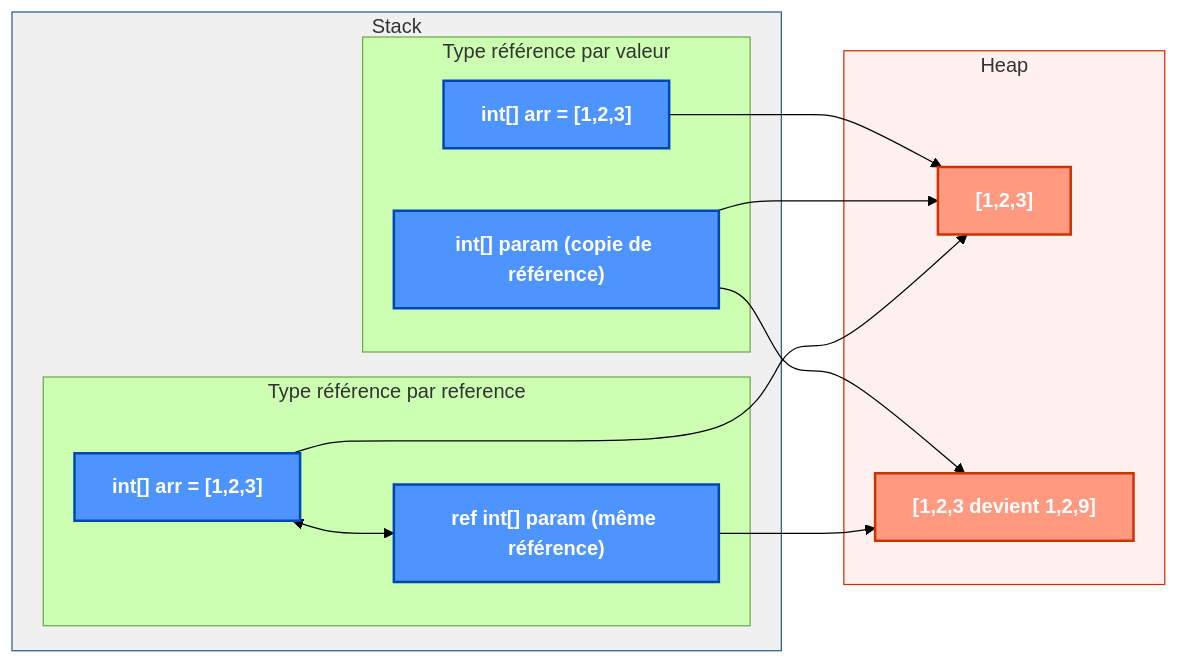
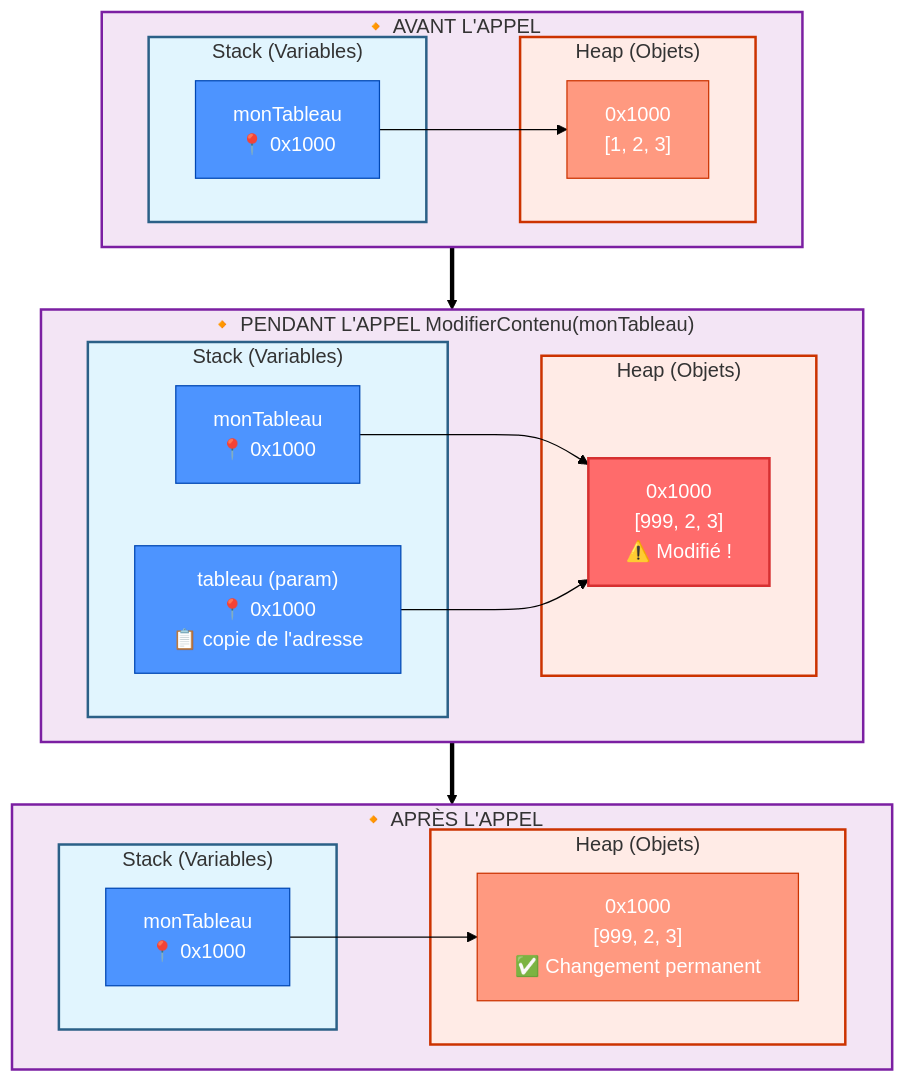
Before and after one commit to fpluquet/csharp-intro-syllabus: the third of 6 diagrams in docs/8-fonctions.md, drawn with Mermaid (forest theme). The commit also changed other lines of this file and 1 other file, not shown here.

````diff
--- a/docs/8-fonctions.md
+++ b/docs/8-fonctions.md
@@ -190,41 +278,54 @@
 ```mermaid
-flowchart LR
-    subgraph "Stack"
-        subgraph "Type référence par valeur"
-            A1["int[] arr = [1,2,3]"]
-            A2["int[] param (copie de référence)"]
+flowchart TB
+    subgraph Avant["🔸 AVANT L'APPEL"]
+        direction LR
+        subgraph Stack1["Stack (Variables)"]
+            V1["monTableau<br/>📍 0x1000"]
         end
-        
-        subgraph "Type référence par reference"
-            B1["int[] arr = [1,2,3]"]
-            B2["ref int[] param (même référence)"]
+        subgraph Heap1["Heap (Objets)"]
+            O1["0x1000<br/>[1, 2, 3]"]
         end
+        V1 --> O1
     end
     
-    subgraph "Heap"
-        C1["[1,2,3]"] 
-        C2["[1,2,3 devient 1,2,9]"]
+    subgraph Pendant["🔸 PENDANT L'APPEL ModifierContenu(monTableau)"]
+        direction LR
+        subgraph Stack2["Stack (Variables)"]
+            V2["monTableau<br/>📍 0x1000"]
+            V3["tableau (param)<br/>📍 0x1000<br/>📋 copie de l'adresse"]
+        end
+        subgraph Heap2["Heap (Objets)"]
+            O2["0x1000<br/>[999, 2, 3]<br/>⚠️ Modifié !"]
+        end
+        V2 --> O2
+        V3 --> O2
     end
     
-    %% Connexions90
-    A1 --> C1
-    A2 --> C1
-    A2 --> C2
+    subgraph Apres["🔸 APRÈS L'APPEL"]
+        direction LR
+        subgraph Stack3["Stack (Variables)"]
+            V4["monTableau<br/>📍 0x1000"]
+        end
+        subgraph Heap3["Heap (Objets)"]
+            O3["0x1000<br/>[999, 2, 3]<br/>✅ Changement permanent"]
+        end
+        V4 --> O3
+    end
     
-    B1 <--> B2
-    B1 --> C1
-    B2 --> C2
+    Avant ==> Pendant
+    Pendant ==> Apres
     
-    %% Styles pour meilleure lisibilité
-    classDef stack fill:#f0f0f0,stroke:#2B6087,stroke-width:1px
-    classDef section fill:#E1F5FE,stroke:#2B6087,stroke-width:1px
-    classDef heap fill:#fff0f0,stroke:#CC3300,stroke-width:1px
-    classDef stackVar fill:#4d94ff,stroke:#0047b3,stroke-width:2px,color:#fff,font-weight:bold
-    classDef heapVar fill:#ff9980,stroke:#cc3300,stroke-width:2px,color:#fff,font-weight:bold
+    classDef stack fill:#e1f5fe,stroke:#2B6087,stroke-width:2px
+    classDef heap fill:#ffebe6,stroke:#CC3300,stroke-width:2px
+    classDef var fill:#4d94ff,stroke:#0047b3,stroke-width:1px,color:#fff
+    classDef obj fill:#ff9980,stroke:#cc3300,stroke-width:1px,color:#fff
+    classDef modified fill:#ff6b6b,stroke:#d63031,stroke-width:2px,color:#fff
+    classDef phase fill:#f3e5f5,stroke:#7b1fa2,stroke-width:2px
     
-    class Stack stack
-    class Heap heap
-    class Type_reference_par_valeur,Type_reference_par_reference section
-    class A1,A2,B1,B2 stackVar
-    class C1,C2 heapVar
+    class Stack1,Stack2,Stack3 stack
+    class Heap1,Heap2,Heap3 heap
+    class V1,V2,V3,V4 var
+    class O1,O3 obj
+    class O2 modified
+    class Avant,Pendant,Apres phase
 ```
````
